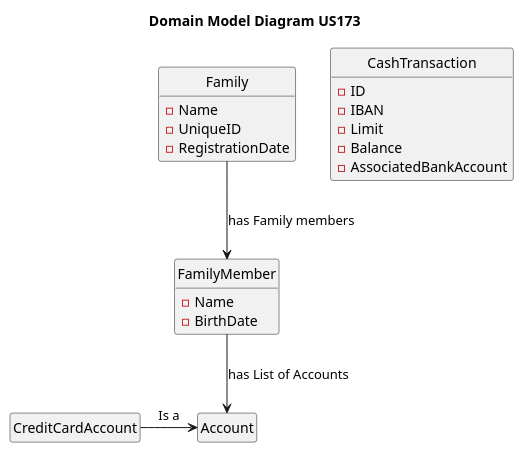
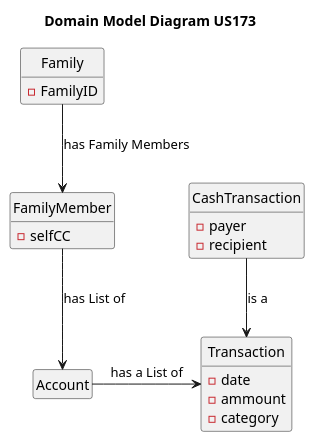
The second of 4 diagrams in docs/sprint2/user_stories/US181_RegisterPaymentMyCashAccount.md (tomas-osswald/switch_2020_g3), drawn with PlantUML before and after one commit. The commit also changed other lines of this file, not shown here.

Commit message:
add class diagram

````diff
--- a/docs/sprint2/user_stories/US181_RegisterPaymentMyCashAccount.md
+++ b/docs/sprint2/user_stories/US181_RegisterPaymentMyCashAccount.md
@@ -63,33 +63,33 @@
 ```puml
 hide empty members
 hide circle
 title Domain Model Diagram US173
 
 class Family {
-- Name
-- UniqueID
-- RegistrationDate
-
+- FamilyID
 }
 
 class FamilyMember {
-- Name
-- BirthDate
+- selfCC
 }
 
 class Account {
 
 }
 
-class CashTransaction {
-- ID
-- IBAN
-- Limit
-- Balance
-- AssociatedBankAccount
+class Transaction {
+- date
+- ammount
+- category
 }
 
-Family -down-> FamilyMember : has Family members
-FamilyMember -down-> Account  : has List of Accounts
-CreditCardAccount -> Account : Is a
+class CashTransaction {
+- payer
+- recipient
+}
+
+Family -down-> FamilyMember : has Family Members
+FamilyMember -down-> Account  : has List of 
+Account -> Transaction : has a List of
+CashTransaction -down-> Transaction : is a
 ```
````
